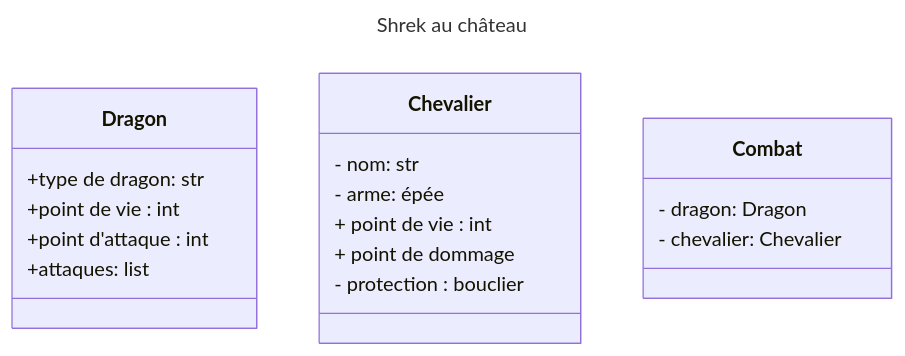
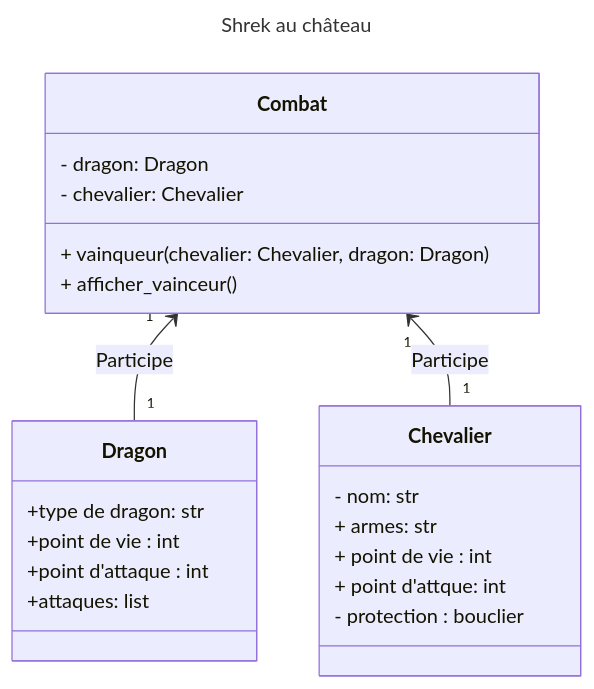
Before and after one commit to 0drikPil0n/chevalier_dragon: the diagram in README.md, drawn with Mermaid.

Commit message:
Changes by info1

````diff
--- a/README.md
+++ b/README.md
@@ -8,32 +8,33 @@
 ```mermaid
 ---
 title: Shrek au château
 ---
 classDiagram
     
     
     class Dragon{
         +type de dragon: str
         +point de vie : int
         +point d'attaque : int
         +attaques: list
         }
 
 
     class Chevalier{
         - nom: str
-        - arme: épée
+        + armes: str
         + point de vie : int
-        + point de dommage
+        + point d'attque: int
         - protection : bouclier
-    
-    }
+        }
+
 
     class Combat{
         - dragon: Dragon
         - chevalier: Chevalier
-        
-    
-    
+        + vainqueur(chevalier: Chevalier, dragon: Dragon)
+        + afficher_vainceur()
         }
+Combat "1" <-- "1" Dragon: Participe
+Combat "1" <-- "1" Chevalier: Participe
 ```
````
